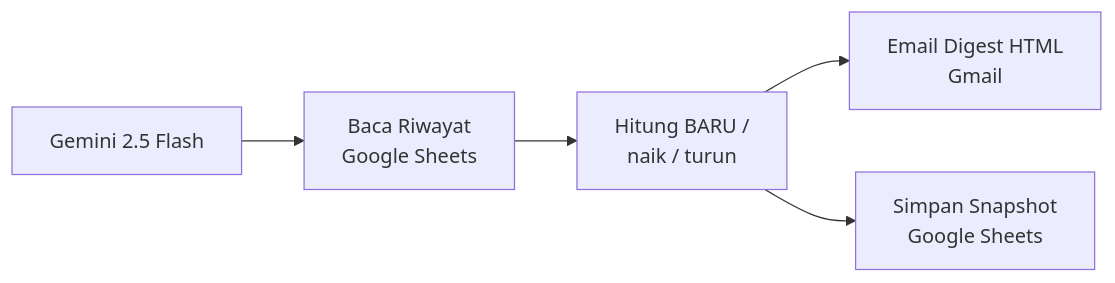
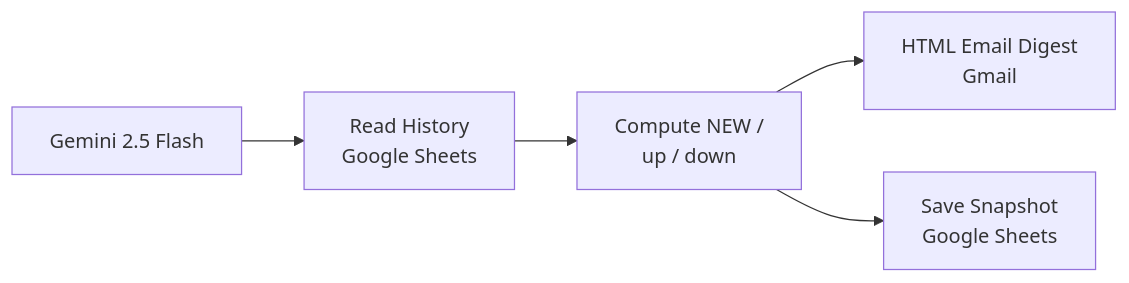
One commit to Agungtrimahmudi-automation/novel-rekomendasi-harian changed the second of 2 diagrams in README.md. Above: the diagram before and after it, drawn with Mermaid. The commit also changed other lines of this file, not shown here.

````diff
--- a/README.md
+++ b/README.md
@@ -57,7 +63,7 @@
 ```mermaid
 flowchart LR
-    A["Gemini 2.5 Flash"] --> B["Baca Riwayat<br/>Google Sheets"]
-    B --> C["Hitung BARU /<br/>naik / turun"]
-    C --> D["Email Digest HTML<br/>Gmail"]
-    C --> E["Simpan Snapshot<br/>Google Sheets"]
+    A["Gemini 2.5 Flash"] --> B["Read History<br/>Google Sheets"]
+    B --> C["Compute NEW /<br/>up / down"]
+    C --> D["HTML Email Digest<br/>Gmail"]
+    C --> E["Save Snapshot<br/>Google Sheets"]
 ```
````
